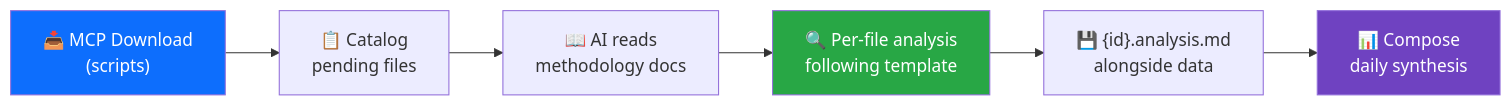
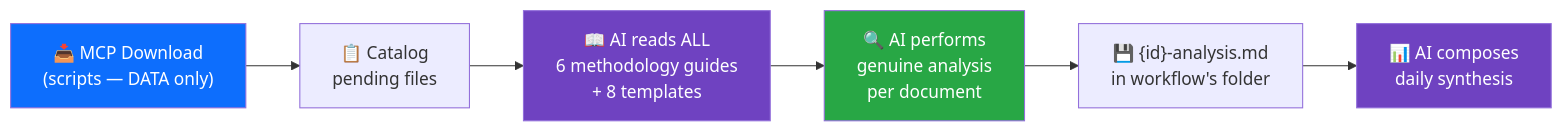
The second of 2 diagrams in analysis/README.md (Hack23/riksdagsmonitor), drawn with Mermaid before and after one commit. The commit also changed other lines of this file and 1 other file, not shown here.

First line of the commit message:
Improve analysis/README.md and political-threat-framework.md with folder isolation, multi-framework threat modeling

````diff
--- a/analysis/README.md
+++ b/analysis/README.md
@@ -204,12 +313,13 @@
 ```mermaid
 flowchart LR
-    A["📥 MCP Download<br/>(scripts)"] --> B["📋 Catalog<br/>pending files"]
-    B --> C["📖 AI reads<br/>methodology docs"]
-    C --> D["🔍 Per-file analysis<br/>following template"]
-    D --> E["💾 {id}.analysis.md<br/>alongside data"]
-    E --> F["📊 Compose<br/>daily synthesis"]
+    A["📥 MCP Download<br/>(scripts — DATA only)"] --> B["📋 Catalog<br/>pending files"]
+    B --> C["📖 AI reads ALL<br/>6 methodology guides<br/>+ 8 templates"]
+    C --> D["🔍 AI performs<br/>genuine analysis<br/>per document"]
+    D --> E["💾 {id}-analysis.md<br/>in workflow's folder"]
+    E --> F["📊 AI composes<br/>daily synthesis"]
 
     style A fill:#0d6efd,color:#fff
+    style C fill:#6f42c1,color:#fff
     style D fill:#28a745,color:#fff
     style F fill:#6f42c1,color:#fff
 ```
````
